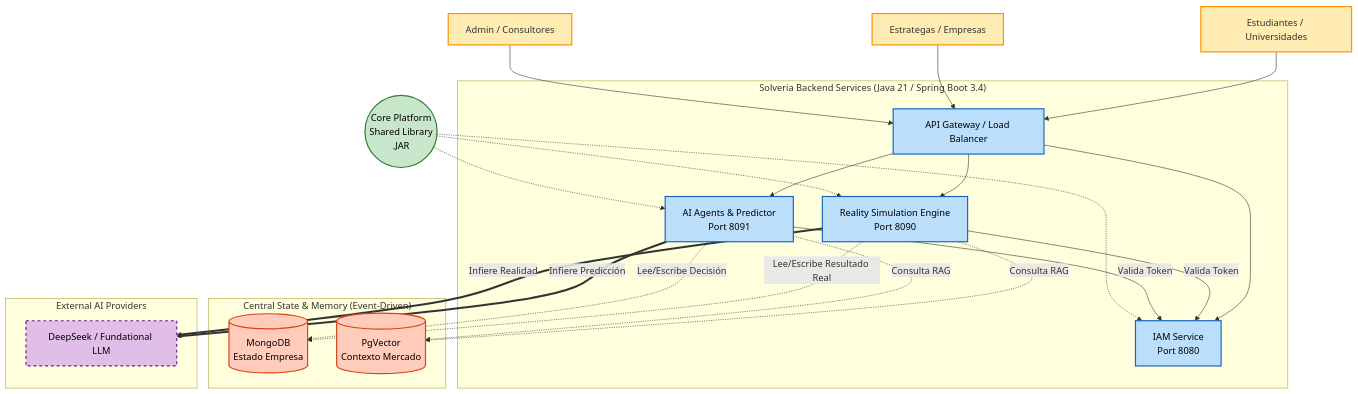
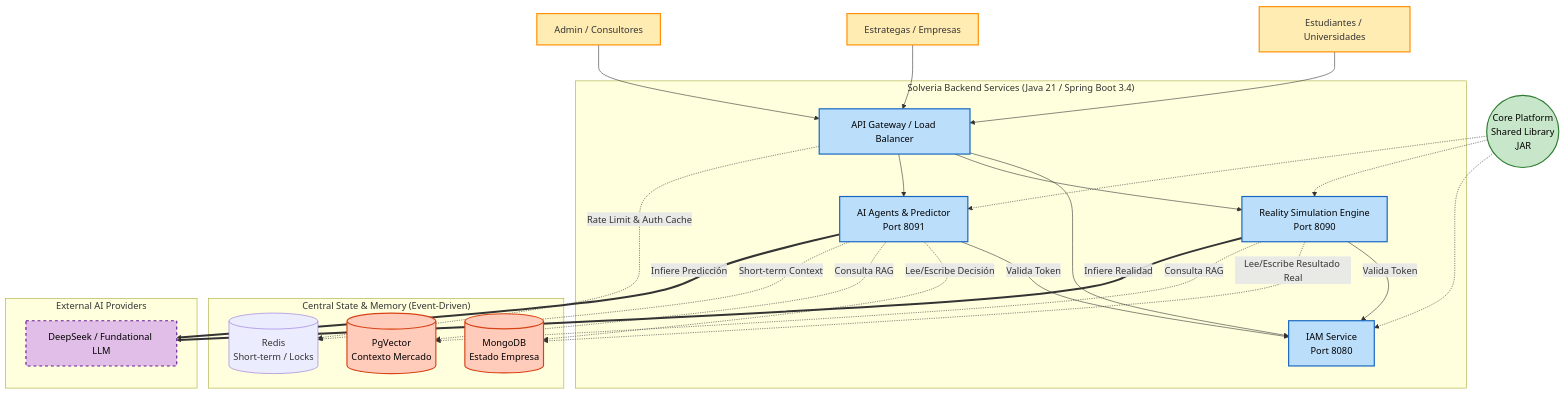
The diagram in docs/architecture/01_architecture_diagram_and_services.md (daswitez/stratova-vertical), drawn with Mermaid before and after one commit. The commit also changed 6 other files, not shown here.

Commit message:
changes in docs according to architecture

````diff
--- a/docs/architecture/01_architecture_diagram_and_services.md
+++ b/docs/architecture/01_architecture_diagram_and_services.md
@@ -5,53 +5,55 @@
 ```mermaid
 graph TD
     %% Usuarios y Clientes
     U_Est[Estudiantes / Universidades] --> API_GW
     U_Emp[Estrategas / Empresas] --> API_GW
     U_Admin[Admin / Consultores] --> API_GW
 
     %% Capa de Edge
     API_GW[API Gateway / Load Balancer]
 
     %% Capa de Microservicios
     subgraph "Solveria Backend Services (Java 21 / Spring Boot 3.4)"
         API_GW --> IAM[IAM Service \n Port 8080]
         API_GW --> SIM[Reality Simulation Engine \n Port 8090]
         API_GW --> AI[AI Agents & Predictor \n Port 8091]
         
         %% Dependencias internas
         SIM -->|Valida Token| IAM
         AI -->|Valida Token| IAM
     end
 
     %% Capa de Datos (Estado Central y Memoria)
     subgraph "Central State & Memory (Event-Driven)"
         SIM -.->|Lee/Escribe Resultado Real| DB_CENTRAL[(MongoDB \n Estado Empresa)]
         AI -.->|Lee/Escribe Decisión| DB_CENTRAL
         SIM -.->|Consulta RAG| VDB[(PgVector \n Contexto Mercado)]
         AI -.->|Consulta RAG| VDB
+        API_GW -.->|Rate Limit & Auth Cache| CACHE[(Redis \n Short-term / Locks)]
+        AI -.->|Short-term Context| CACHE
     end
     
     %% IA Externa (LLMs)
     subgraph "External AI Providers"
         LLM[DeepSeek / Fundational LLM]
         AI ==>|Infiere Predicción| LLM
         SIM ==>|Infiere Realidad| LLM
     end
 
     %% Librería Core
     CORE((Core Platform \n Shared Library \n .JAR)) -.-> IAM
     CORE -.-> SIM
     CORE -.-> AI
 
     classDef users fill:#ffecb3,stroke:#ff8f00,stroke-width:2px;
     classDef service fill:#bbdefb,stroke:#1565c0,stroke-width:2px,color:#000;
     classDef db fill:#ffccbc,stroke:#d84315,stroke-width:2px,color:#000;
     classDef external fill:#e1bee7,stroke:#6a1b9a,stroke-width:2px,stroke-dasharray: 5 5,color:#000;
     classDef core fill:#c8e6c9,stroke:#2e7d32,stroke-width:2px,color:#000;
 
     class U_Est,U_Emp,U_Admin users;
     class IAM,SIM,AI,API_GW service;
     class DB_CENTRAL,VDB,MEM db;
     class LLM,FIN_DATA external;
     class CORE core;
 ```
````
